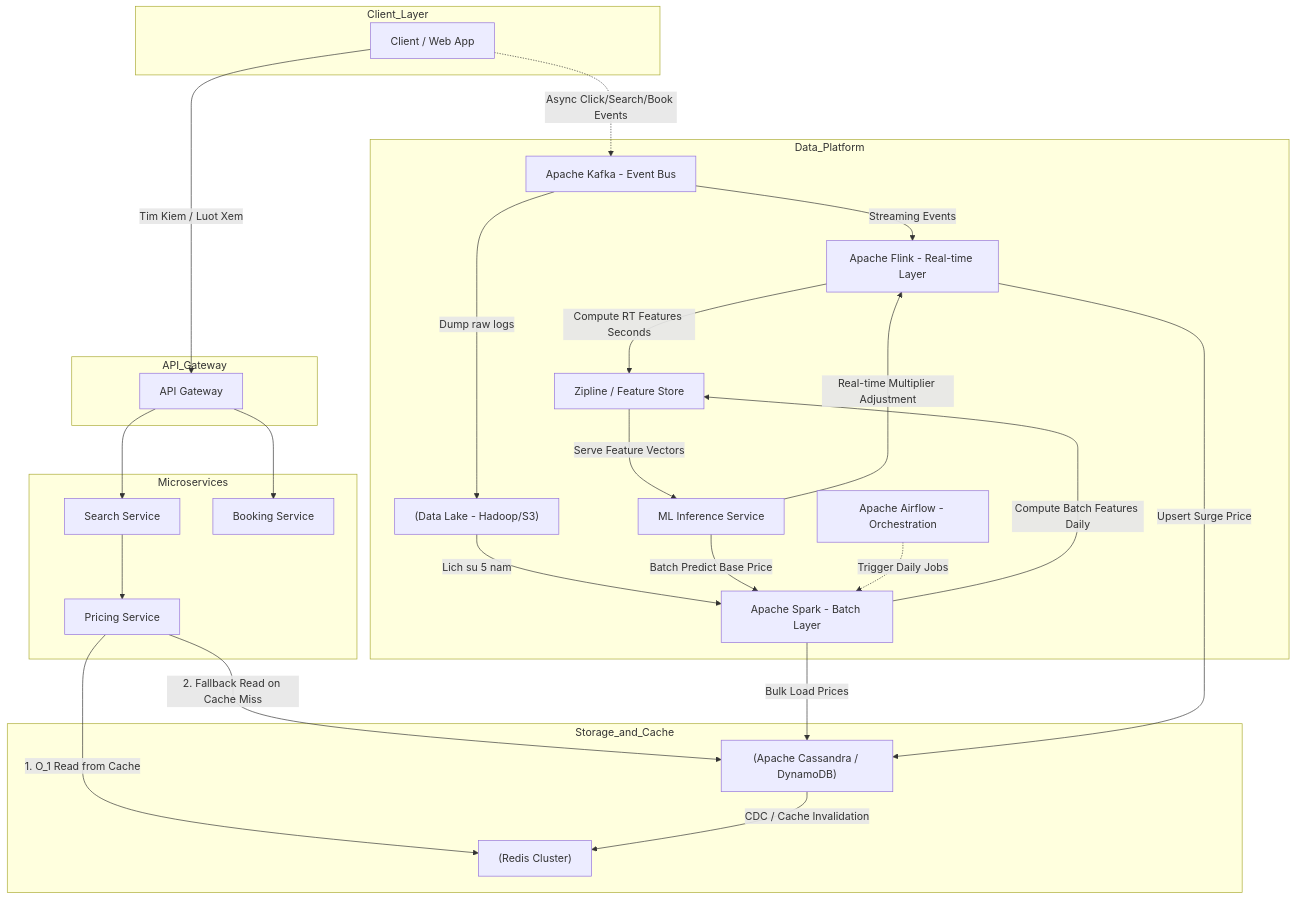
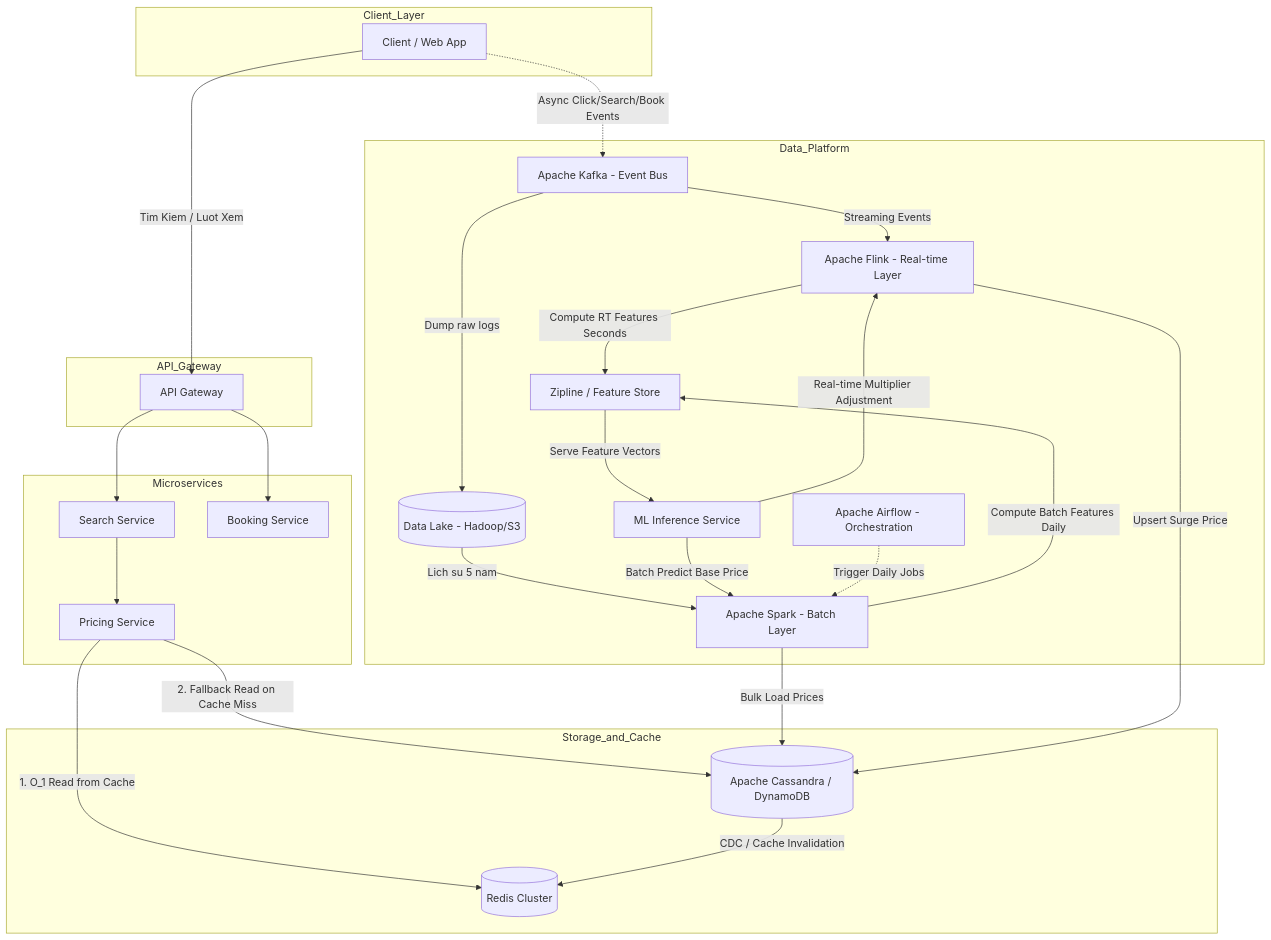
One commit to kythuatdulieu/kythuatdulieu.github.io changed the diagram in src/content/docs/projects/system-design/airbnb-dynamic-pricing.md. Above: the diagram before and after it, drawn with Mermaid. The commit also changed other lines of this file and 190 other files, not shown here.

Commit message:
fix: resolve mermaid syntax, math rendering, and metadata issues from content rewrite

````diff
--- a/src/content/docs/projects/system-design/airbnb-dynamic-pricing.md
+++ b/src/content/docs/projects/system-design/airbnb-dynamic-pricing.md
@@ -31,57 +31,57 @@
 ```mermaid
 flowchart TD
     subgraph Client_Layer
-        C["Client / Web App"]
+        C[Client / Web App]
     end
 
     subgraph API_Gateway
-        GW["API Gateway"]
+        GW[API Gateway]
     end
 
     subgraph Microservices
-        PS["Pricing Service"]
-        SS["Search Service"]
-        BS["Booking Service"]
+        PS[Pricing Service]
+        SS[Search Service]
+        BS[Booking Service]
     end
 
     subgraph Storage_and_Cache
-        RC["(Redis Cluster)"]
-        DB["(Apache Cassandra / DynamoDB)"]
+        RC[(Redis Cluster)]
+        DB[(Apache Cassandra / DynamoDB)]
     end
 
     subgraph Data_Platform
-        Kafka["Apache Kafka - Event Bus"]
-        Spark["Apache Spark - Batch Layer"]
-        Flink["Apache Flink - Real-time Layer"]
-        S3["(Data Lake - Hadoop/S3)"]
-        Zipline["Zipline / Feature Store"]
-        ML["ML Inference Service"]
-        Airflow["Apache Airflow - Orchestration"]
+        Kafka[Apache Kafka - Event Bus]
+        Spark[Apache Spark - Batch Layer]
+        Flink[Apache Flink - Real-time Layer]
+        S3[(Data Lake - Hadoop/S3)]
+        Zipline[Zipline / Feature Store]
+        ML[ML Inference Service]
+        Airflow[Apache Airflow - Orchestration]
     end
 
     C -->|Tim Kiem / Luot Xem| GW
     GW --> SS
     SS --> PS
     GW --> BS
     
     PS -->|1. O_1 Read from Cache| RC
     PS -->|2. Fallback Read on Cache Miss| DB
     
     C -.->|Async Click/Search/Book Events| Kafka
     S3 -->|Lich su 5 nam| Spark
     Kafka -->|Streaming Events| Flink
     Kafka -->|Dump raw logs| S3
     
     Spark -->|Compute Batch Features Daily| Zipline
     Flink -->|Compute RT Features Seconds| Zipline
     
     Zipline -->|Serve Feature Vectors| ML
     ML -->|Batch Predict Base Price| Spark
     ML -->|Real-time Multiplier Adjustment| Flink
     
     Spark -->|Bulk Load Prices| DB
     Flink -->|Upsert Surge Price| DB
     DB -->|CDC / Cache Invalidation| RC
     
     Airflow -.->|Trigger Daily Jobs| Spark
 ```
````
